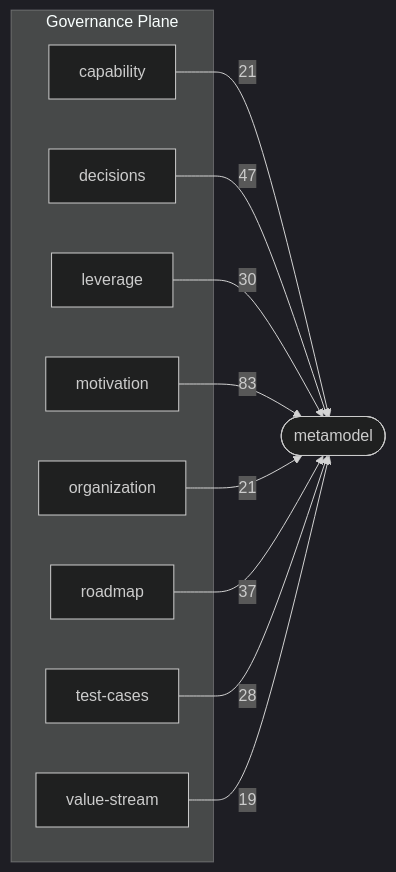
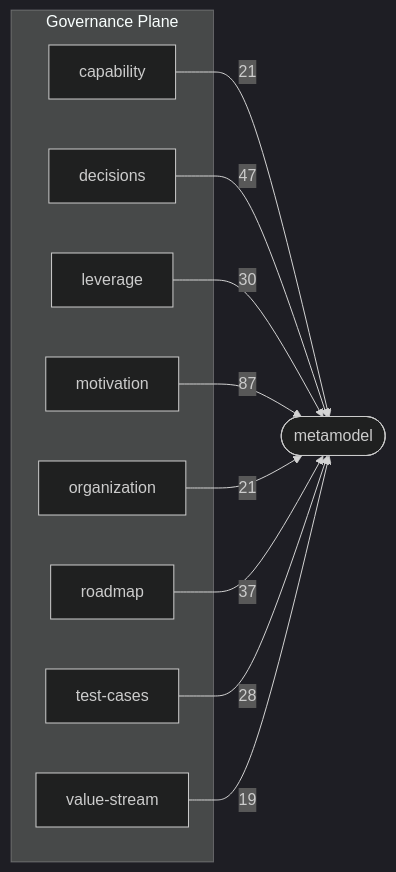
Before and after one commit to Archally/blueprint-schema: the third of 3 diagrams in docs/schema-atlas/v2.8/layer-map.md, drawn with Mermaid (dark theme). The commit also changed other lines of this file and 26 other files, not shown here.

Commit message:
Schema: an operation names its domain, a region says what it is about, and a persona says what it expects

````diff
--- a/docs/schema-atlas/v2.8/layer-map.md
+++ b/docs/schema-atlas/v2.8/layer-map.md
@@ -137,22 +137,22 @@
 ```mermaid
 graph LR
     subgraph governance_plane["Governance Plane"]
         governance_capability_schema_yaml["capability"]
         governance_decisions_schema_yaml["decisions"]
         governance_leverage_schema_yaml["leverage"]
         governance_motivation_schema_yaml["motivation"]
         governance_organization_schema_yaml["organization"]
         governance_roadmap_schema_yaml["roadmap"]
         governance_test_cases_schema_yaml["test-cases"]
         governance_value_stream_schema_yaml["value-stream"]
     end
     metamodel_schema_yaml(["metamodel"])
     governance_capability_schema_yaml -->|21| metamodel_schema_yaml
     governance_decisions_schema_yaml -->|47| metamodel_schema_yaml
     governance_leverage_schema_yaml -->|30| metamodel_schema_yaml
-    governance_motivation_schema_yaml -->|83| metamodel_schema_yaml
+    governance_motivation_schema_yaml -->|87| metamodel_schema_yaml
     governance_organization_schema_yaml -->|21| metamodel_schema_yaml
     governance_roadmap_schema_yaml -->|37| metamodel_schema_yaml
     governance_test_cases_schema_yaml -->|28| metamodel_schema_yaml
     governance_value_stream_schema_yaml -->|19| metamodel_schema_yaml
 ```
````
